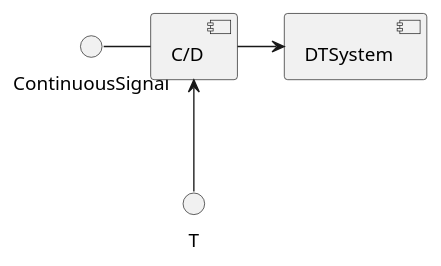
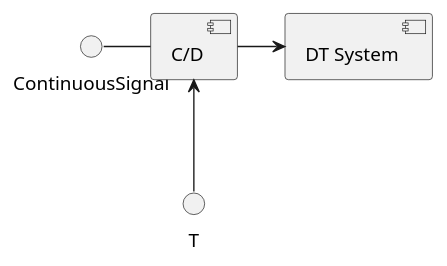
The diagram in Engineering/Signal-Processing/Digital signal processing.md (ashwinreddy/wiki), drawn with PlantUML before and after one commit.

Commit message:
Updated Digital signal processing.md (markdown)

```diff
--- a/Engineering/Signal-Processing/Digital signal processing.md
+++ b/Engineering/Signal-Processing/Digital signal processing.md
@@ -6,5 +6,5 @@
 @startuml
 ContinuousSignal - [C/D]
 [C/D] <-- T
-[C/D] -> [DTSystem]
+[C/D] -> [DT System]
 @enduml
```
